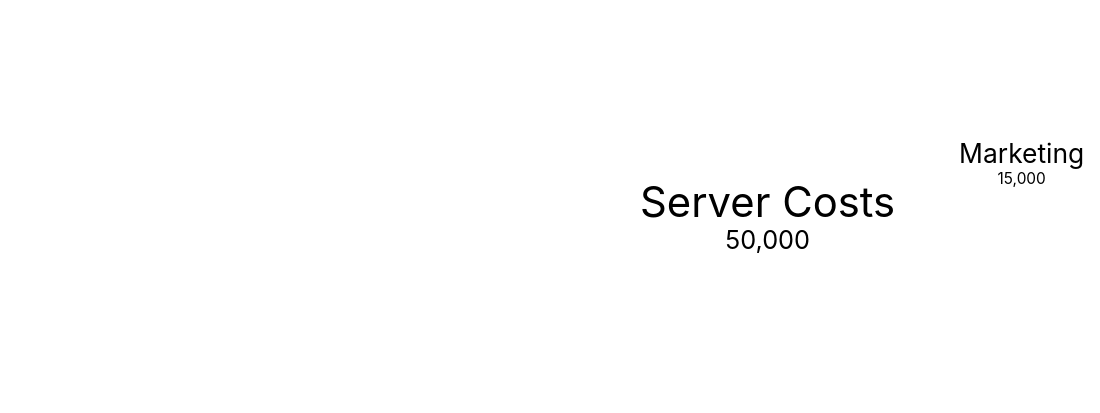
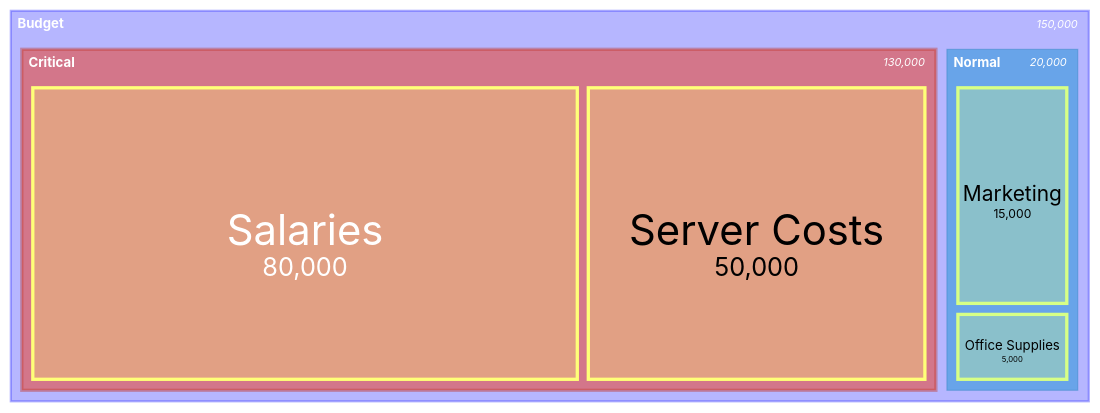
The diagram in e2e/diagrams/treemap/15-should-apply-multiple-classdef-properties-simultaneously.mmd (mermaid-js/mermaid), drawn with Mermaid before and after one commit. The commit also changed 25 other files, not shown here.

```diff
--- a/e2e/diagrams/treemap/15-should-apply-multiple-classdef-properties-simultaneously.mmd
+++ b/e2e/diagrams/treemap/15-should-apply-multiple-classdef-properties-simultaneously.mmd
@@ -1,10 +1,11 @@
 treemap-beta
   "Budget"
-  "Critical":::critical
-  "Server Costs": 50000
-  "Salaries": 80000
-  "Normal":::normal
-  "Office Supplies": 5000
-  "Marketing": 15000
+    "Critical":::critical
+      "Server Costs": 50000
+      "Salaries": 80000
+    "Normal":::normal
+      "Office Supplies": 5000
+      "Marketing": 15000
+
   classDef critical fill:#e74c3c,color:#fff,stroke:#c0392b,stroke-width:3px;
   classDef normal fill:#3498db,color:#fff,stroke:#2980b9,stroke-width:1px;
```
